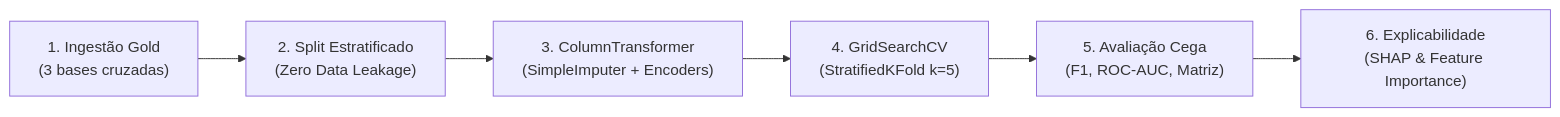
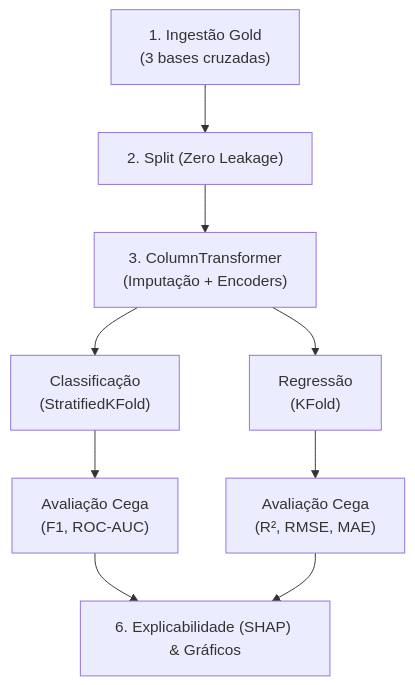
The diagram in README.md (MaxxTak/tech-challenge-3), drawn with Mermaid before and after one commit. The commit also changed other lines of this file and 18 other files, not shown here.

````diff
--- a/README.md
+++ b/README.md
@@ -50,8 +55,11 @@
 ```mermaid
-flowchart LR
-    A["1. Ingestão Gold<br/>(3 bases cruzadas)"] --> B["2. Split Estratificado<br/>(Zero Data Leakage)"]
-    B --> C["3. ColumnTransformer<br/>(SimpleImputer + Encoders)"]
-    C --> D["4. GridSearchCV<br/>(StratifiedKFold k=5)"]
-    D --> E["5. Avaliação Cega<br/>(F1, ROC-AUC, Matriz)"]
-    E --> F["6. Explicabilidade<br/>(SHAP & Feature Importance)"]
+flowchart TD
+    A["1. Ingestão Gold<br/>(3 bases cruzadas)"] --> B["2. Split (Zero Leakage)"]
+    B --> C["3. ColumnTransformer<br/>(Imputação + Encoders)"]
+    C --> D1["Classificação<br/>(StratifiedKFold)"]
+    C --> D2["Regressão<br/>(KFold)"]
+    D1 --> E1["Avaliação Cega<br/>(F1, ROC-AUC)"]
+    D2 --> E2["Avaliação Cega<br/>(R², RMSE, MAE)"]
+    E1 --> F["6. Explicabilidade (SHAP) & Gráficos"]
+    E2 --> F
 ```
````
